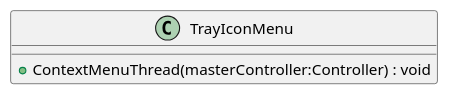
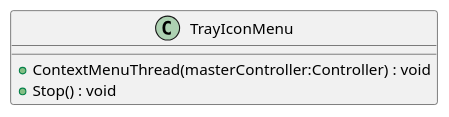
Before and after one commit to leo-tasso/VolumeKsharp: the diagram in UML/VolumeKsharp/TrayIconMenu.puml, drawn with PlantUML. The commit also changed 7 other files, not shown here.

Commit message:
Add UML diagrams

```diff
--- a/UML/VolumeKsharp/TrayIconMenu.puml
+++ b/UML/VolumeKsharp/TrayIconMenu.puml
@@ -1,5 +1,6 @@
 @startuml
 class TrayIconMenu {
     + ContextMenuThread(masterController:Controller) : void
+    + Stop() : void
 }
 @enduml
```
